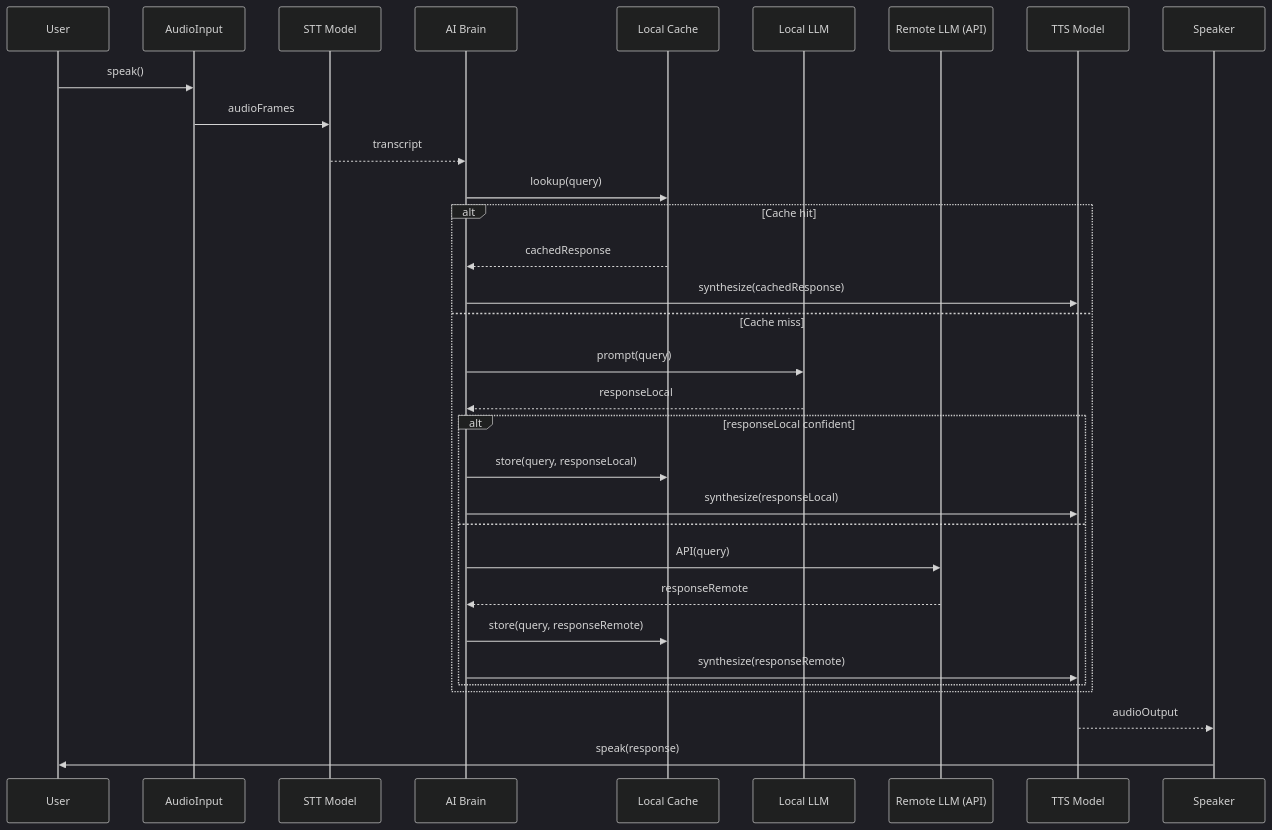
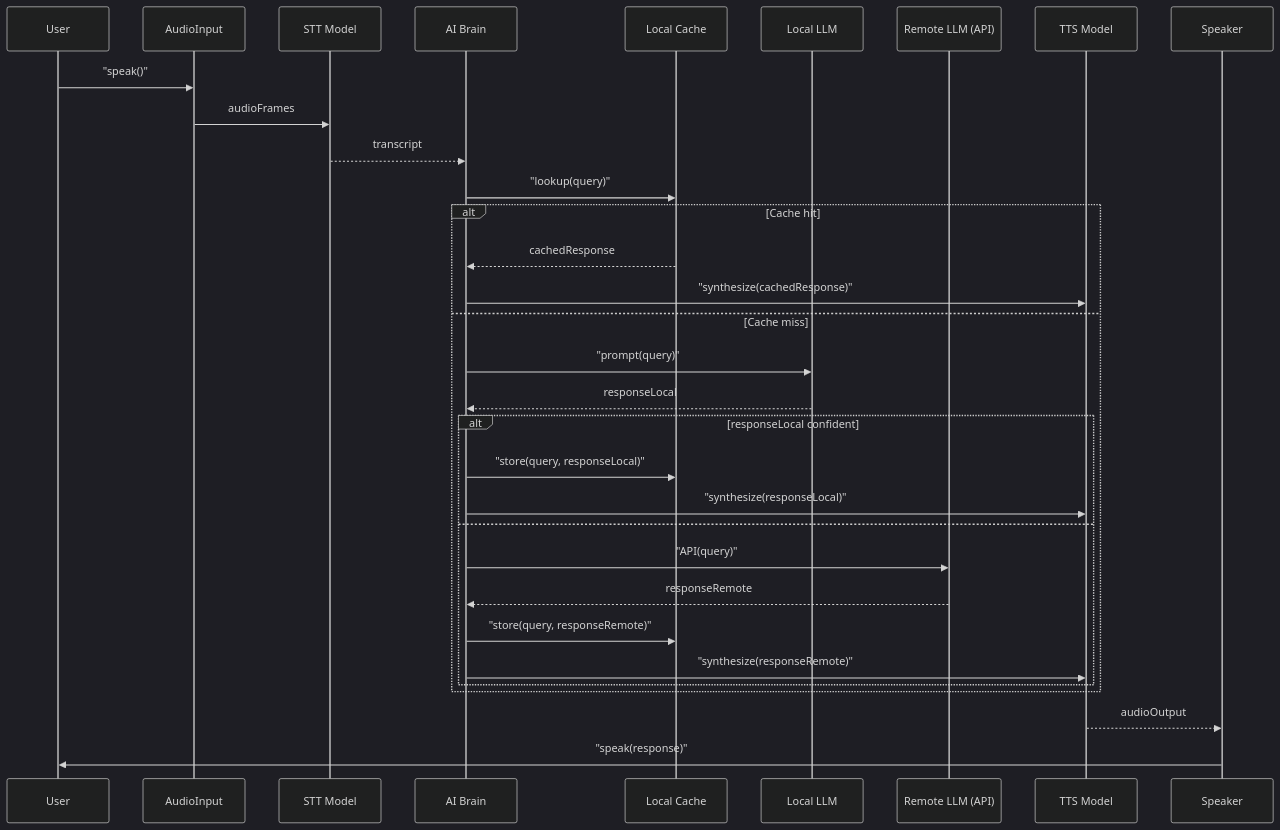
The second of 2 diagrams in docs/LATENCY_IMPROVEMENT.md (Aniket-a14/AI_friend), drawn with Mermaid (dark theme) before and after one commit. The commit also changed other lines of this file and 2 other files, not shown here.

Commit message:
docs: update architecture, latency improvement, and project update documentation

````diff
--- a/docs/LATENCY_IMPROVEMENT.md
+++ b/docs/LATENCY_IMPROVEMENT.md
@@ -103,35 +103,35 @@
 ```mermaid
 sequenceDiagram
     participant U as User
     participant MIC as AudioInput
     participant STT as STT Model
     participant Brain as AI Brain
     participant Cache as Local Cache
     participant LLM_L as Local LLM
     participant LLM_R as Remote LLM (API)
     participant TTS as TTS Model
     participant SPK as Speaker
 
-    U->>MIC: speak()
+    U->>MIC: "speak()"
     MIC->>STT: audioFrames
     STT-->>Brain: transcript
-    Brain->>Cache: lookup(query)
+    Brain->>Cache: "lookup(query)"
     alt Cache hit
       Cache-->>Brain: cachedResponse
-      Brain->>TTS: synthesize(cachedResponse)
+      Brain->>TTS: "synthesize(cachedResponse)"
     else Cache miss
-      Brain->>LLM_L: prompt(query)
+      Brain->>LLM_L: "prompt(query)"
       LLM_L-->>Brain: responseLocal
       alt responseLocal confident
-        Brain->>Cache: store(query, responseLocal)
-        Brain->>TTS: synthesize(responseLocal)
+        Brain->>Cache: "store(query, responseLocal)"
+        Brain->>TTS: "synthesize(responseLocal)"
       else 
-        Brain->>LLM_R: API(query)
+        Brain->>LLM_R: "API(query)"
         LLM_R-->>Brain: responseRemote
-        Brain->>Cache: store(query, responseRemote)
-        Brain->>TTS: synthesize(responseRemote)
+        Brain->>Cache: "store(query, responseRemote)"
+        Brain->>TTS: "synthesize(responseRemote)"
       end
     end
     TTS-->>SPK: audioOutput
-    SPK->>U: speak(response)
+    SPK->>U: "speak(response)"
 ```
````
